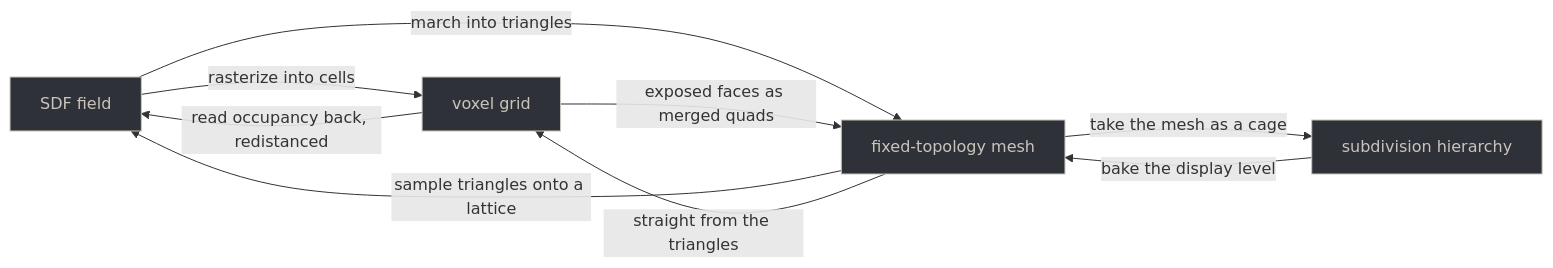
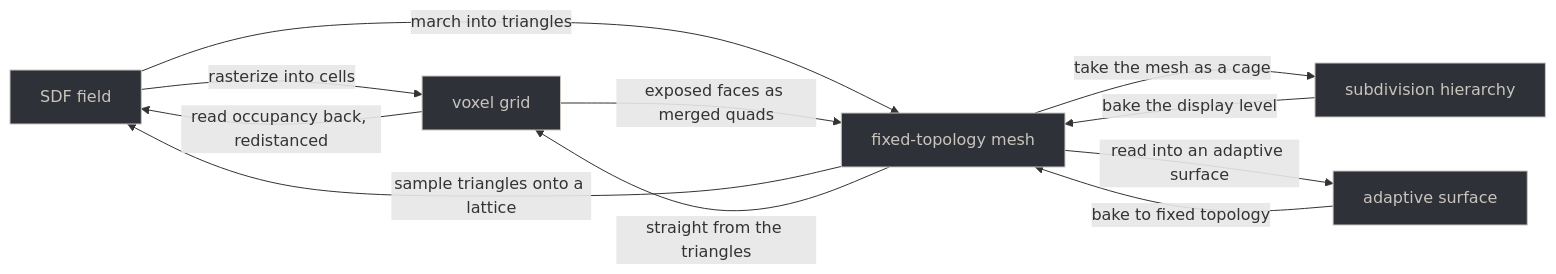
Before and after one commit to CyberdyneCorp/ClaySpaceDesktop: the first of 7 diagrams in README.md, drawn with Mermaid. The commit also changed other lines of this file and 39 other files, not shown here.

````diff
--- a/README.md
+++ b/README.md
@@ -658,21 +669,25 @@
 ```mermaid
 graph LR
     SDF["SDF field"]
     VOX["voxel grid"]
     MESH["fixed-topology mesh"]
     MRES["subdivision hierarchy"]
+    DYN["adaptive surface"]
 
     SDF -->|"rasterize into cells"| VOX
     SDF -->|"march into triangles"| MESH
     VOX -->|"read occupancy back, redistanced"| SDF
     VOX -->|"exposed faces as merged quads"| MESH
     MESH -->|"sample triangles onto a lattice"| SDF
     MESH -->|"straight from the triangles"| VOX
     MESH -->|"take the mesh as a cage"| MRES
     MRES -->|"bake the display level"| MESH
+    MESH -->|"read into an adaptive surface"| DYN
+    DYN -->|"bake to fixed topology"| MESH
 
     style SDF fill:#2E3238,stroke:#C9C4BD,color:#C9C4BD
     style VOX fill:#2E3238,stroke:#C9C4BD,color:#C9C4BD
     style MESH fill:#2E3238,stroke:#C9C4BD,color:#C9C4BD
     style MRES fill:#2E3238,stroke:#C9C4BD,color:#C9C4BD
+    style DYN fill:#2E3238,stroke:#C9C4BD,color:#C9C4BD
 ```
````
